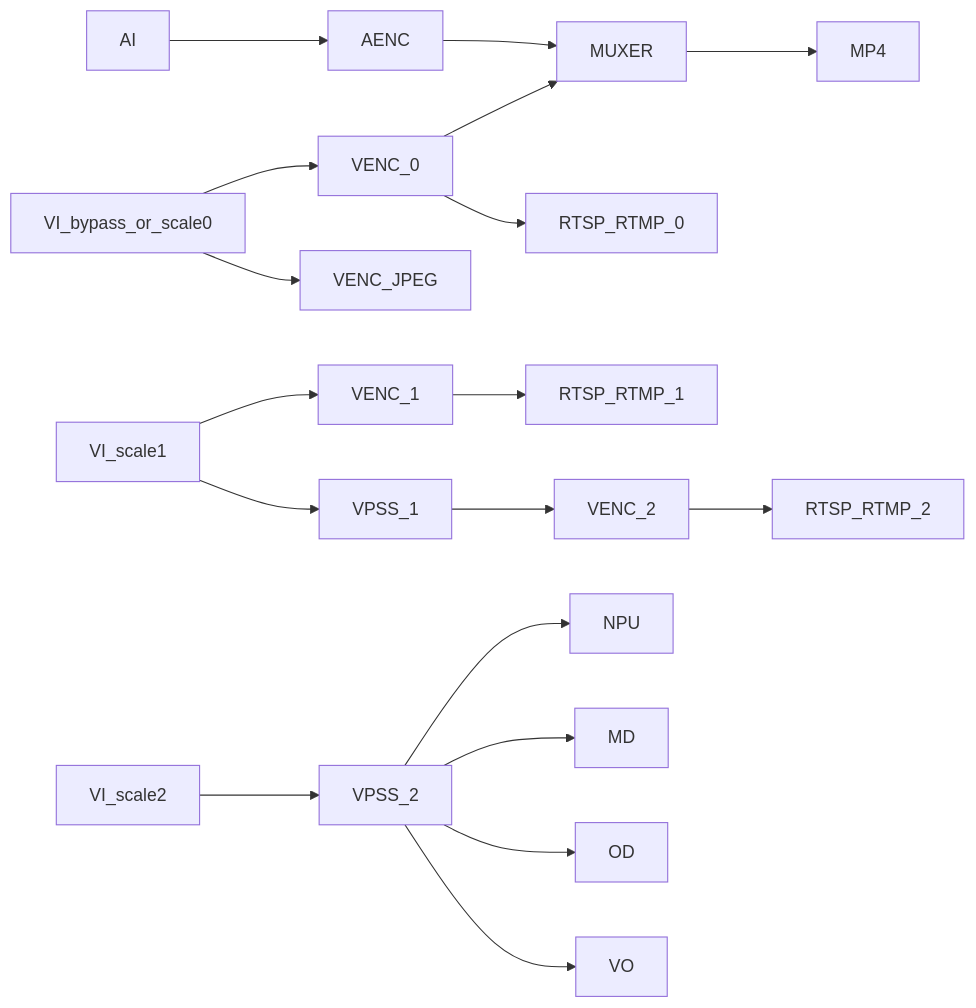
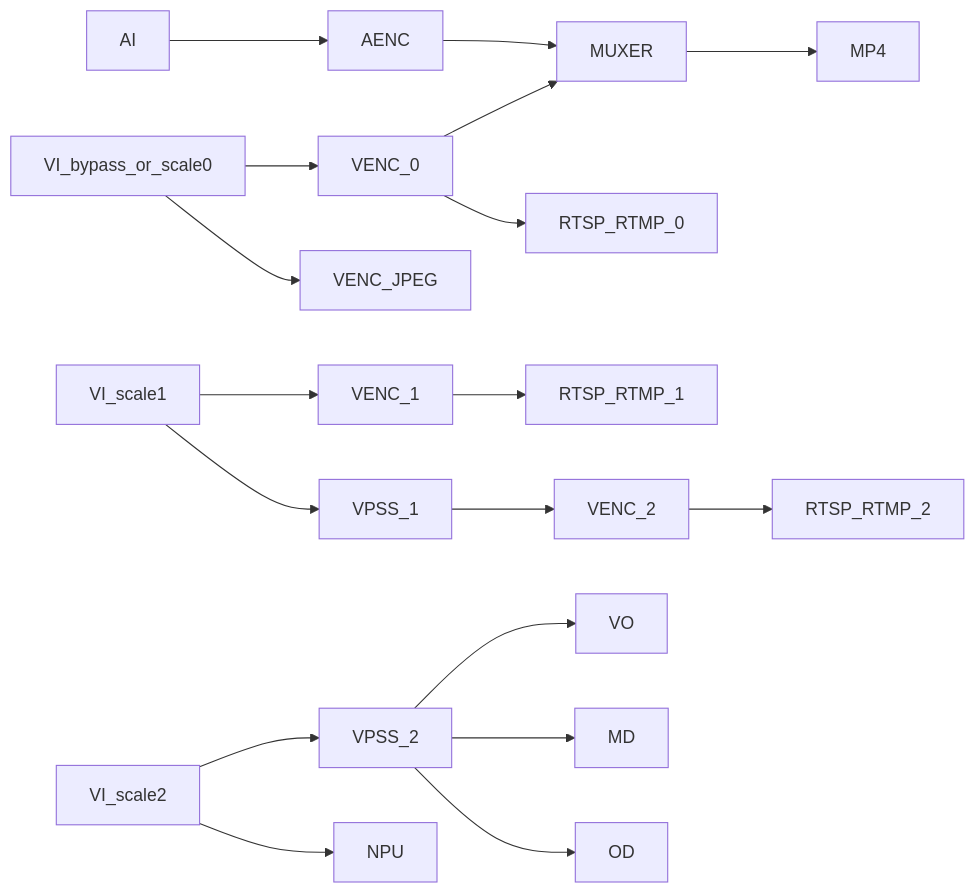
The ninth of 11 diagrams in docs/Rockchip_Developer_Guide_Linux_RKIPC_CN.md (khadas/app_rkipc), drawn with Mermaid before and after one commit. The commit also changed 10 other files, not shown here.

````diff
--- a/docs/Rockchip_Developer_Guide_Linux_RKIPC_CN.md
+++ b/docs/Rockchip_Developer_Guide_Linux_RKIPC_CN.md
@@ -235,13 +235,13 @@
 ```mermaid
 graph LR
 	AI-->AENC-->MUXER-->MP4
 	VI_bypass_or_scale0-->VENC_0-->MUXER
 	VI_bypass_or_scale0-->VENC_JPEG
 	VENC_0-->RTSP_RTMP_0
 	VI_scale1-->VENC_1-->RTSP_RTMP_1
 	VI_scale1-->VPSS_1-->VENC_2-->RTSP_RTMP_2
-	VI_scale2-->VPSS_2-->NPU
+	VI_scale2-->VPSS_2-->VO
 	VPSS_2-->MD
 	VPSS_2-->OD
-	VPSS_2-->VO
+	VI_scale2-->NPU
 ```
````
